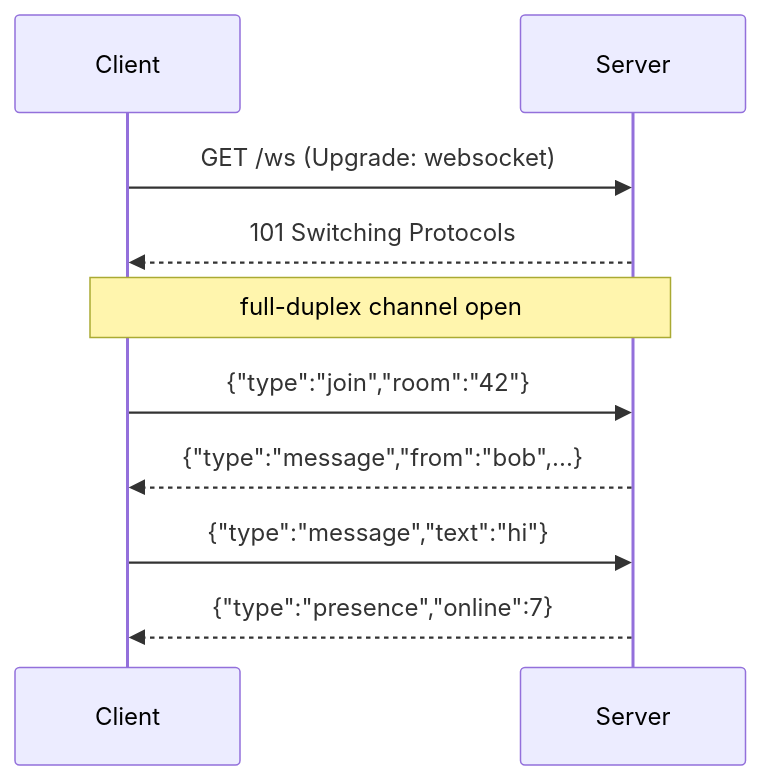
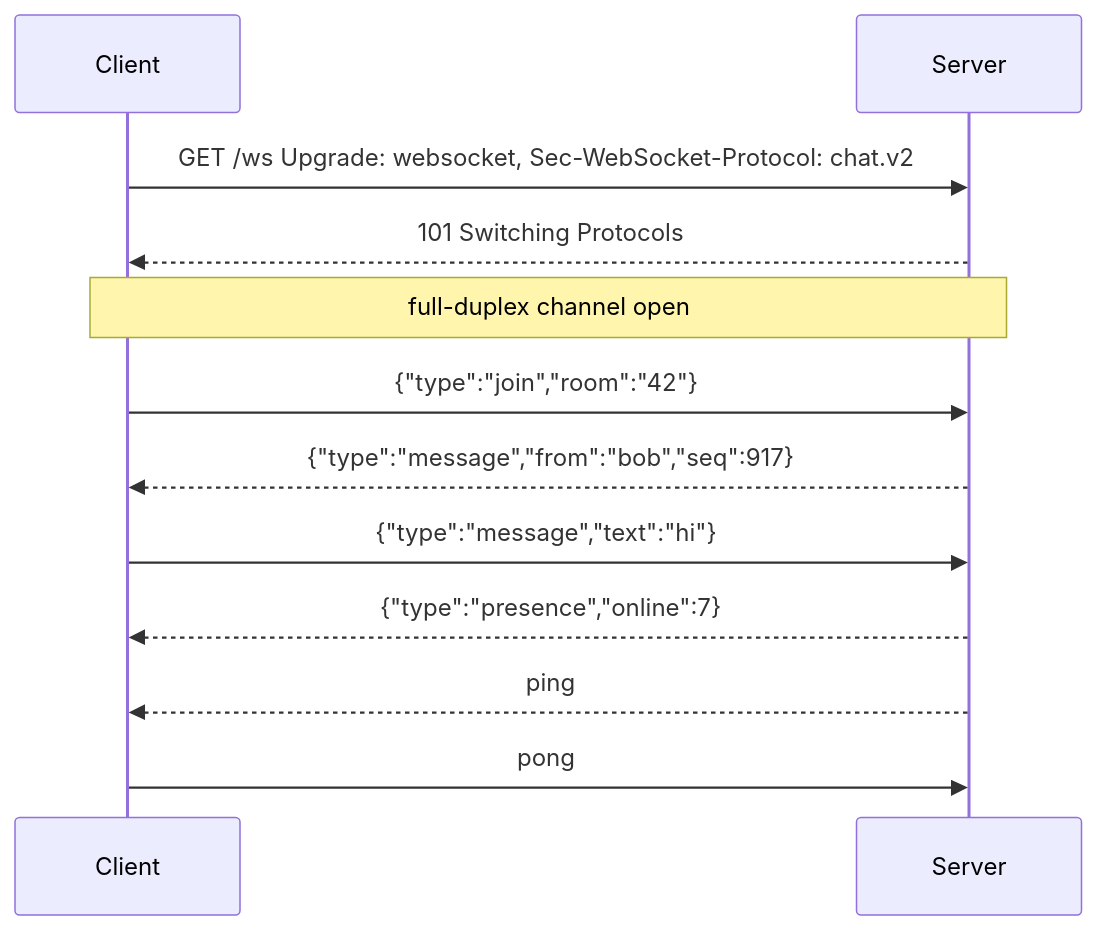
Before and after one commit to AndrewAltimit/Documentation: the fifth of 10 diagrams in github-pages/docs/api-design/async-and-events.md, drawn with Mermaid. The commit also changed other lines of this file and 240 other files, not shown here.

````diff
--- a/github-pages/docs/api-design/async-and-events.md
+++ b/github-pages/docs/api-design/async-and-events.md
@@ -199,12 +256,14 @@
 ```mermaid
 sequenceDiagram
     participant C as Client
     participant S as Server
-    C->>S: GET /ws (Upgrade: websocket)
+    C->>S: GET /ws  Upgrade: websocket, Sec-WebSocket-Protocol: chat.v2
     S-->>C: 101 Switching Protocols
     Note over C,S: full-duplex channel open
     C->>S: {"type":"join","room":"42"}
-    S-->>C: {"type":"message","from":"bob",...}
+    S-->>C: {"type":"message","from":"bob","seq":917}
     C->>S: {"type":"message","text":"hi"}
     S-->>C: {"type":"presence","online":7}
+    S-->>C: ping
+    C->>S: pong
 ```
````
